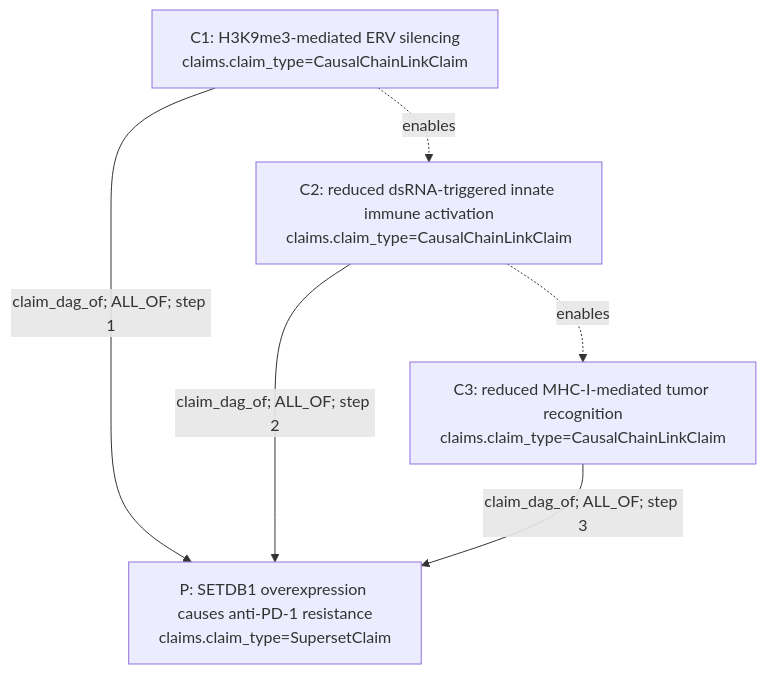
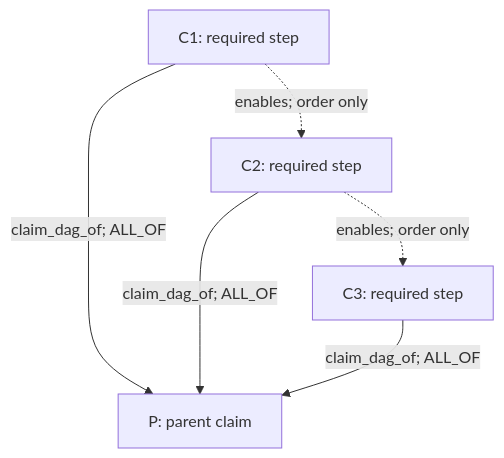
Before and after one commit to eliannaqk/bioKG: the third of 9 diagrams in ingest/CLAIM_OBJECT_MECHANISM_DAG_EXAMPLES.md, drawn with Mermaid. The commit also changed other lines of this file and 3 other files, not shown here.

Commit message:
Clarify claim mechanism DAG logic

````diff
--- a/ingest/CLAIM_OBJECT_MECHANISM_DAG_EXAMPLES.md
+++ b/ingest/CLAIM_OBJECT_MECHANISM_DAG_EXAMPLES.md
@@ -215,13 +165,13 @@
 ```mermaid
 flowchart TD
-  P["P: SETDB1 overexpression causes anti-PD-1 resistance\nclaims.claim_type=SupersetClaim"]
-  C1["C1: H3K9me3-mediated ERV silencing\nclaims.claim_type=CausalChainLinkClaim"]
-  C2["C2: reduced dsRNA-triggered innate immune activation\nclaims.claim_type=CausalChainLinkClaim"]
-  C3["C3: reduced MHC-I-mediated tumor recognition\nclaims.claim_type=CausalChainLinkClaim"]
+  P["P: parent claim"]
+  C1["C1: required step"]
+  C2["C2: required step"]
+  C3["C3: required step"]
 
-  C1 -- "claim_dag_of; ALL_OF; step 1" --> P
-  C2 -- "claim_dag_of; ALL_OF; step 2" --> P
-  C3 -- "claim_dag_of; ALL_OF; step 3" --> P
-  C1 -. "enables" .-> C2
-  C2 -. "enables" .-> C3
+  C1 -- "claim_dag_of; ALL_OF" --> P
+  C2 -- "claim_dag_of; ALL_OF" --> P
+  C3 -- "claim_dag_of; ALL_OF" --> P
+  C1 -. "enables; order only" .-> C2
+  C2 -. "enables; order only" .-> C3
 ```
````
